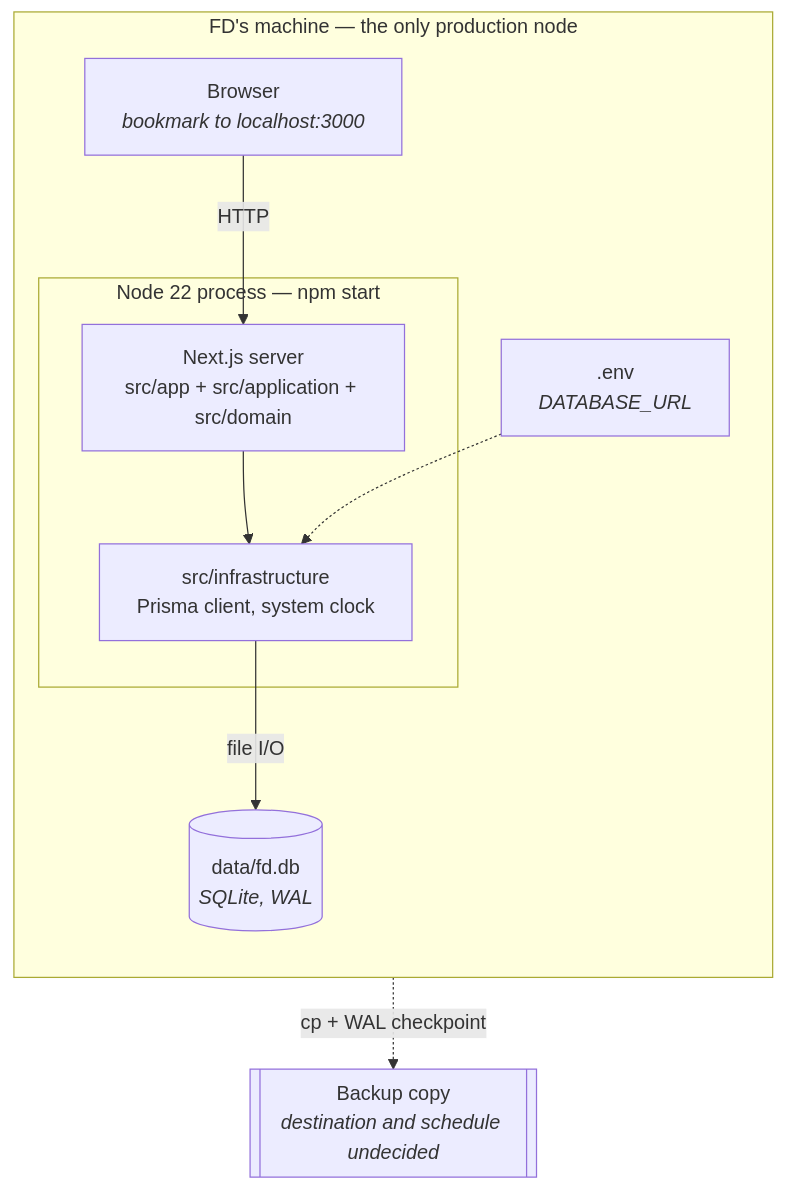
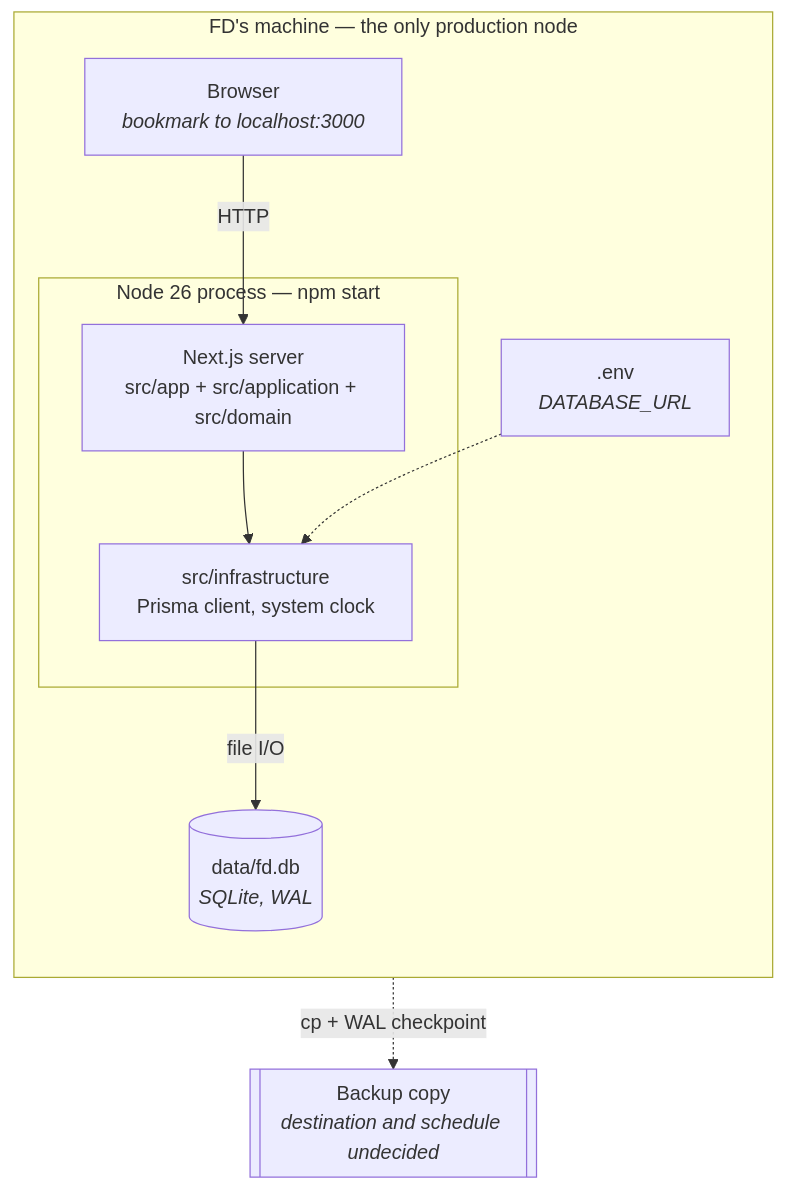
One commit to Lin0pan/FD-management changed the diagram in docs/architecture/07-deployment-view.md. Above: the diagram before and after it, drawn with Mermaid. The commit also changed other lines of this file and 11 other files, not shown here.

````diff
--- a/docs/architecture/07-deployment-view.md
+++ b/docs/architecture/07-deployment-view.md
@@ -11,21 +11,21 @@
 ```mermaid
 flowchart TB
     subgraph node["FD's machine — the only production node"]
         direction TB
         browser["Browser<br/><i>bookmark to localhost:3000</i>"]
-        subgraph proc["Node 22 process — npm start"]
+        subgraph proc["Node 26 process — npm start"]
             next["Next.js server<br/>src/app + src/application + src/domain"]
             adapters["src/infrastructure<br/>Prisma client, system clock"]
         end
         file[("data/fd.db<br/><i>SQLite, WAL</i>")]
         env[".env<br/><i>DATABASE_URL</i>"]
 
         browser -- HTTP --> next
         next --> adapters
         adapters -- "file I/O" --> file
         env -.-> adapters
     end
 
     backup[["Backup copy<br/><i>destination and schedule undecided</i>"]]
     file -. "cp + WAL checkpoint" .-> backup
 ```
````
